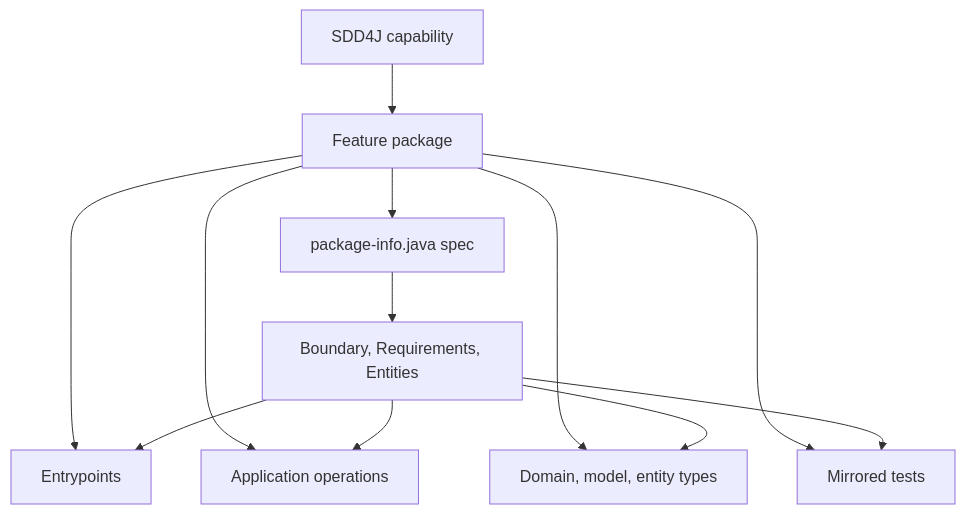
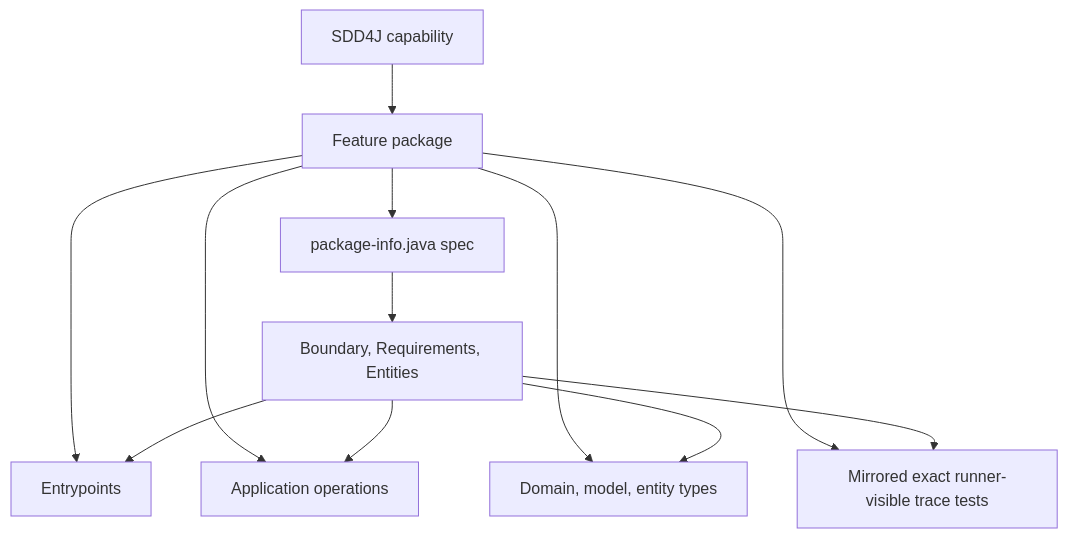
One commit to dearrudam/agent-skills-01 changed the diagram in skills/sdd4j-package-by-feature/README.md. Above: the diagram before and after it, drawn with Mermaid. The commit also changed other lines of this file and 1 other file, not shown here.

````diff
--- a/skills/sdd4j-package-by-feature/README.md
+++ b/skills/sdd4j-package-by-feature/README.md
@@ -11,14 +13,14 @@
 ```mermaid
 flowchart TD
   A[SDD4J capability] --> B[Feature package]
   B --> C[package-info.java spec]
   B --> D[Entrypoints]
   B --> E[Application operations]
   B --> F[Domain, model, entity types]
-  B --> G[Mirrored tests]
+  B --> G[Mirrored exact runner-visible trace tests]
   C --> H[Boundary, Requirements, Entities]
   H --> D
   H --> E
   H --> F
   H --> G
 ```
````
